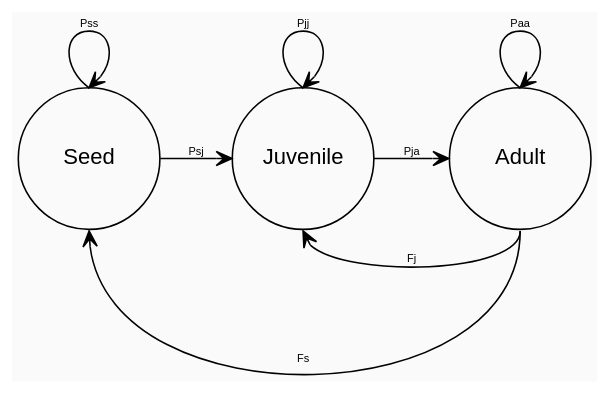
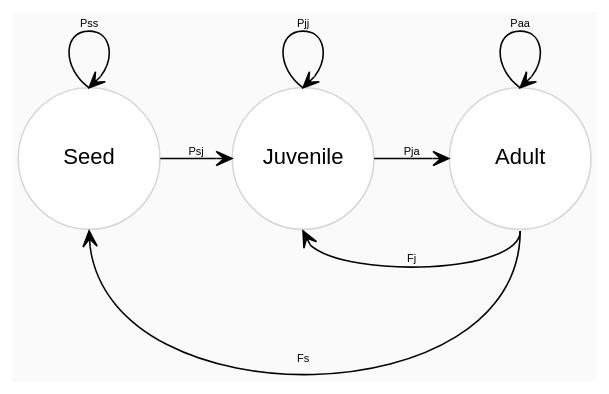
One commit to rosemckeon/ploidy changed the diagram in documents/presentation/graphs/life-cycle.gv. Above: the diagram before and after it, drawn with Graphviz. The commit also changed 46 other files, not shown here.

```diff
--- a/documents/presentation/graphs/life-cycle.gv
+++ b/documents/presentation/graphs/life-cycle.gv
@@ -1,59 +1,62 @@
 graph dot {
   graph [
     fontsize = 10,
     rankdir = LR,
     bgcolor = "#fafafa"
     ]
   node [
     shape = circle,
     fontname = Helvetica,
     fixedsize = true,
-    height = 1.25
+    height = 1.25,
+    color = "#d4d8d9",
+    fillcolor = "#ffffff",
+    style = filled
     ]
   0 [label = "Seed"]
   1 [label = "Juvenile"]
   2 [label = "Adult"]
 
   edge[
     color = black,
     dir = forward,
     fontname = Helvetica,
     fontsize = 7
   ]
   0:n -- 0:n [style = "invis"]
   0:n -- 0:n [
     arrowhead = vee,
     label = "Pss",
     constraint = false
   ]
   0 -- 1 [
     arrowhead = vee,
     label = "Psj"
   ]
   1:n -- 1:n [style = "invis"]
   1:n -- 1:n [
     arrowhead = vee,
     label = "Pjj",
     constraint = false
   ]
   1 -- 2 [
     arrowhead = vee,
     label = "Pja"
   ]
   2:n -- 2:n [style = "invis"]
   2:n -- 2:n [
     arrowhead = vee,
     label = "Paa",
     constraint = false
   ]
   2:s -- 1:s [style = "invis"]
   2:s -- 1:s [
     arrowhead = vee,
     label = "Fj"
   ]
   2:s -- 0:s [
     arrowhead = vee,
     label = "Fs",
     constraint = false
   ]
 }
```
